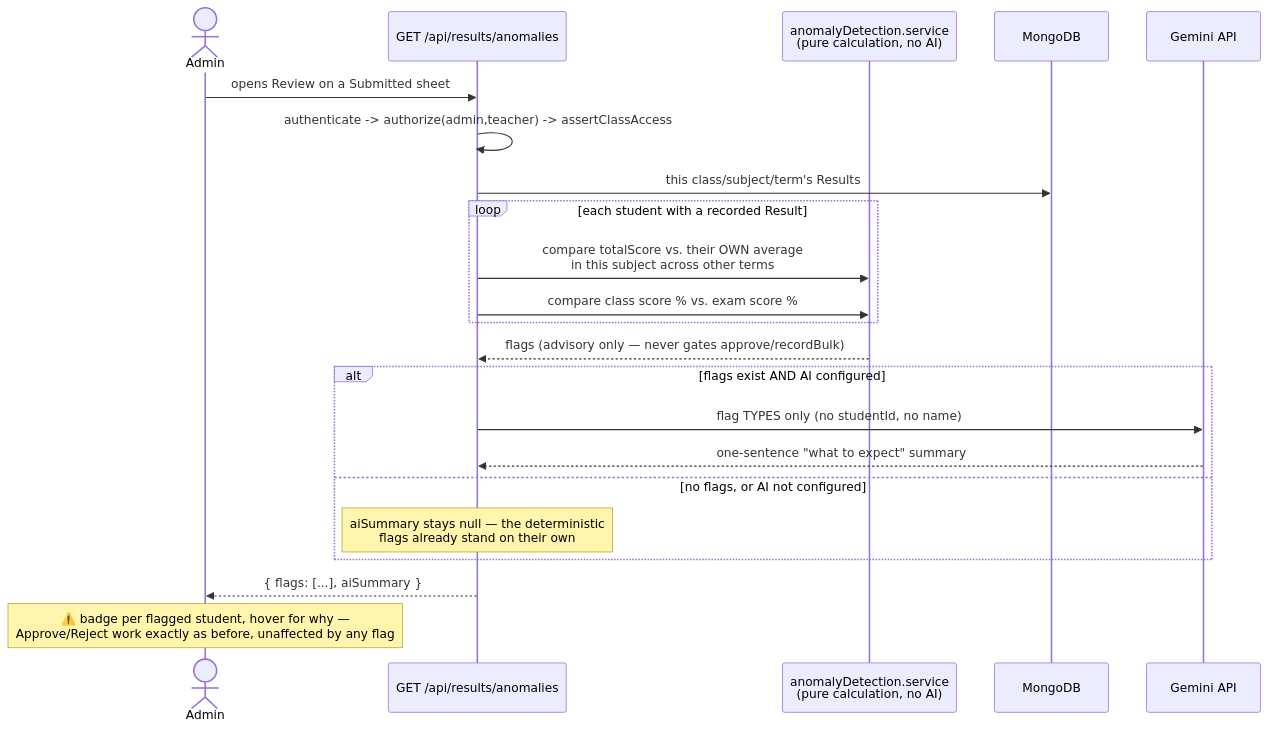
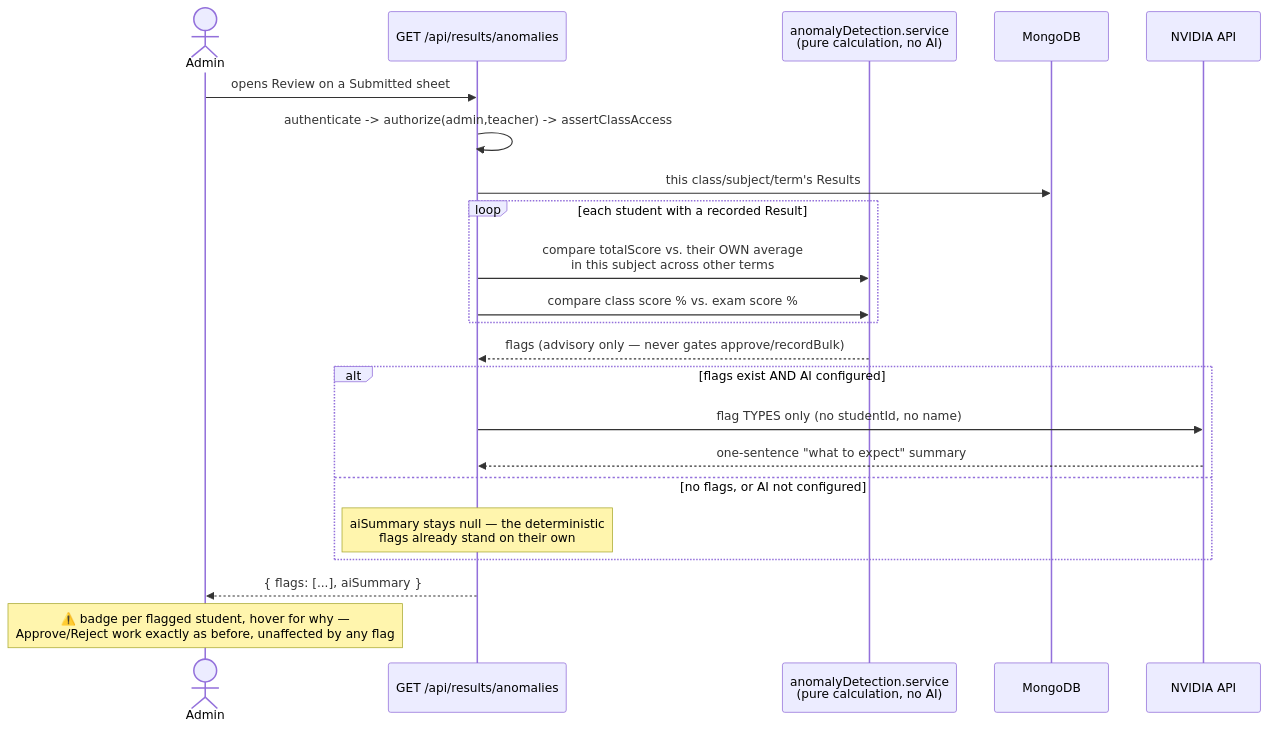
Before and after one commit to JuvelynSackey/school-management-system: diagram 20 of 26 in ARCHITECTURE.md, drawn with Mermaid. The commit also changed other lines of this file and 10 other files, not shown here.

First line of the commit message:
refactor(ai): swap Gemini for NVIDIA Build (callAI, meta/llama-3.1-8b-instruct)

````diff
--- a/ARCHITECTURE.md
+++ b/ARCHITECTURE.md
@@ -625,25 +625,25 @@
 ```mermaid
 sequenceDiagram
     actor A as Admin
     participant API as GET /api/results/anomalies
     participant Det as anomalyDetection.service<br/>(pure calculation, no AI)
     participant DB as MongoDB
-    participant Gemini as Gemini API
+    participant AI as NVIDIA API
 
     A->>API: opens Review on a Submitted sheet
     API->>API: authenticate -> authorize(admin,teacher) -> assertClassAccess
     API->>DB: this class/subject/term's Results
     loop each student with a recorded Result
         API->>Det: compare totalScore vs. their OWN average<br/>in this subject across other terms
         API->>Det: compare class score % vs. exam score %
     end
     Det-->>API: flags (advisory only — never gates approve/recordBulk)
     alt flags exist AND AI configured
-        API->>Gemini: flag TYPES only (no studentId, no name)
-        Gemini-->>API: one-sentence "what to expect" summary
+        API->>AI: flag TYPES only (no studentId, no name)
+        AI-->>API: one-sentence "what to expect" summary
     else no flags, or AI not configured
         Note over API: aiSummary stays null — the deterministic<br/>flags already stand on their own
     end
     API-->>A: { flags: [...], aiSummary }
     Note over A: ⚠️ badge per flagged student, hover for why —<br/>Approve/Reject work exactly as before, unaffected by any flag
 ```
````
